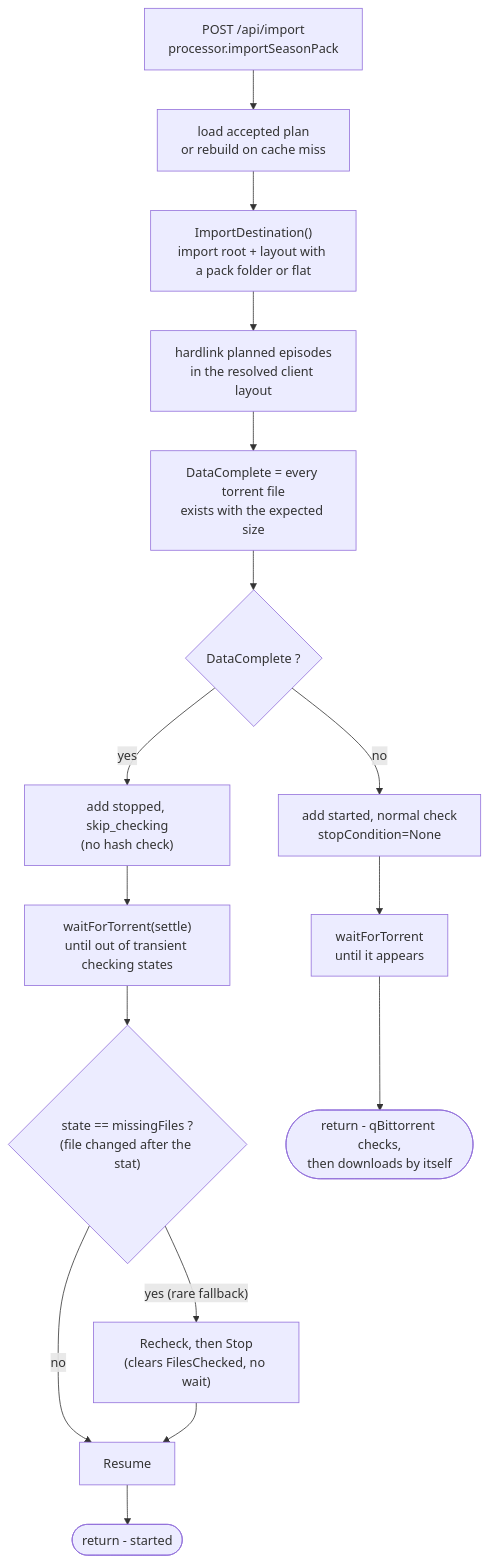
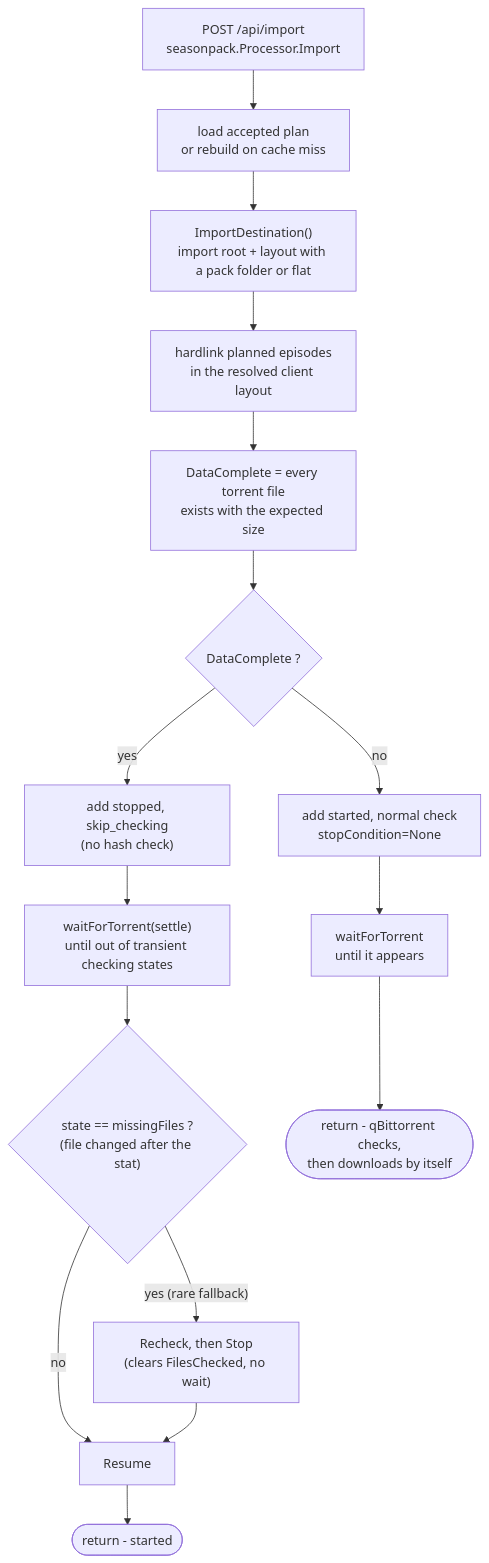
The diagram in docs/design/qbittorrent-import-flow.md (nuxencs/seasonpackarr), drawn with Mermaid before and after one commit. The commit also changed other lines of this file and 47 other files, not shown here.

First line of the commit message:
refactor(seasonpack): move the stages into a season pack processor (#363)

````diff
--- a/docs/design/qbittorrent-import-flow.md
+++ b/docs/design/qbittorrent-import-flow.md
@@ -39,18 +39,18 @@
 ```mermaid
 flowchart TD
-    A["POST /api/import<br/>processor.importSeasonPack"] --> B["load accepted plan<br/>or rebuild on cache miss"]
+    A["POST /api/import<br/>seasonpack.Processor.Import"] --> B["load accepted plan<br/>or rebuild on cache miss"]
     B --> C["ImportDestination()<br/>import root + layout with a pack folder or flat"]
     C --> D["hardlink planned episodes<br/>in the resolved client layout"]
     D --> E["DataComplete = every torrent file<br/>exists with the expected size"]
     E --> F{"DataComplete ?"}
     F -- "yes" --> G["add stopped, skip_checking<br/>(no hash check)"]
     G --> H["waitForTorrent(settle)<br/>until out of transient checking states"]
     H --> I{"state == missingFiles ?<br/>(file changed after the stat)"}
     I -- "yes (rare fallback)" --> J["Recheck, then Stop<br/>(clears FilesChecked, no wait)"]
     I -- "no" --> K["Resume"]
     J --> K
     F -- "no" --> L["add started, normal check<br/>stopCondition=None"]
     L --> M["waitForTorrent<br/>until it appears"]
     M --> N(["return - qBittorrent checks,<br/>then downloads by itself"])
     K --> O(["return - started"])
 ```
````
